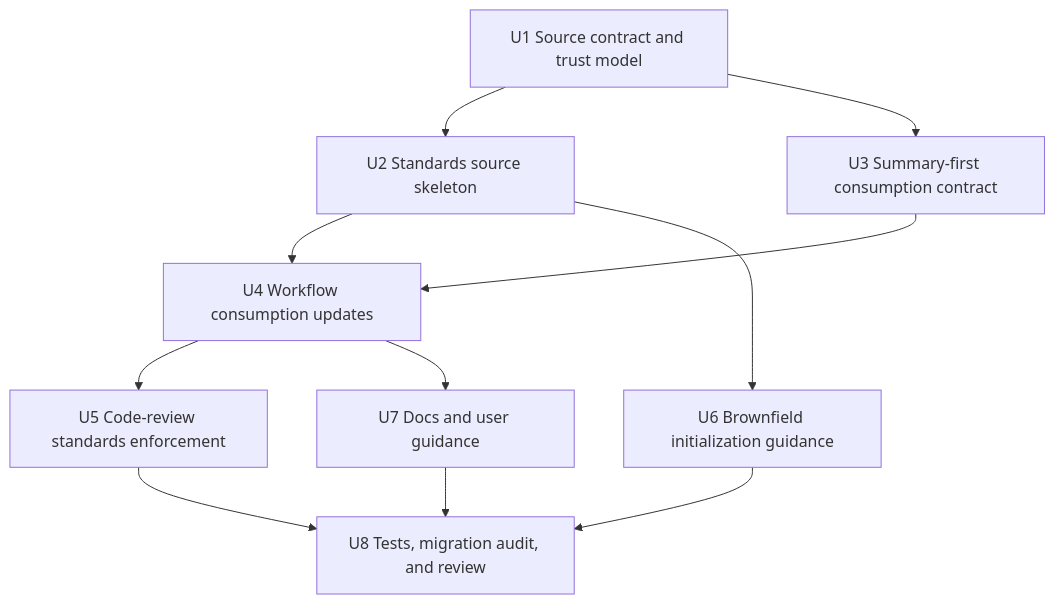
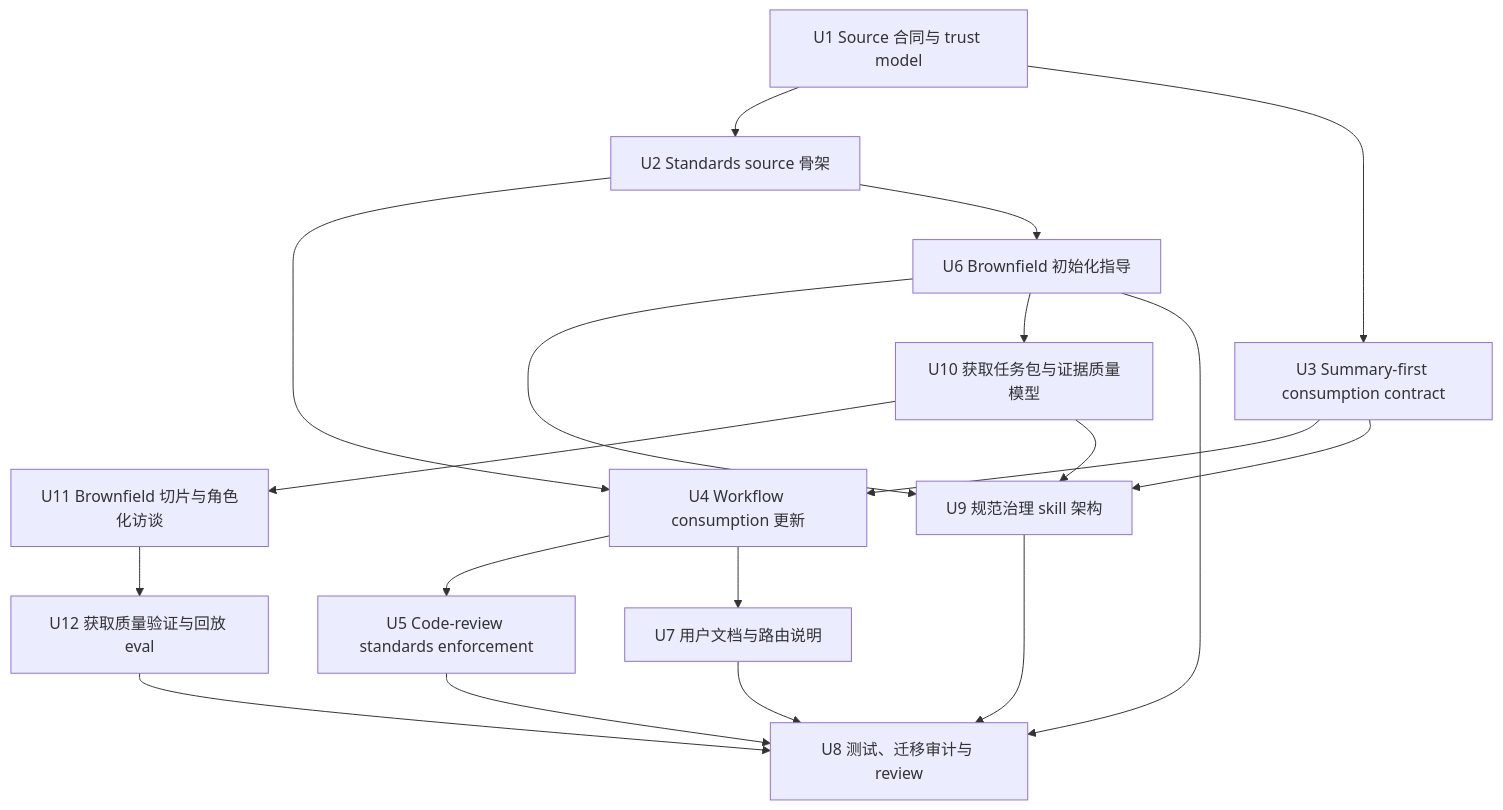
One commit to ajiao7240/spec-first changed the sixth of 6 diagrams in docs/plans/2026-06-21-004-feat-team-standards-governance-layer-plan.md. Above: the diagram before and after it, drawn with Mermaid. The commit also changed other lines of this file and 13 other files, not shown here.

````diff
--- a/docs/plans/2026-06-21-004-feat-team-standards-governance-layer-plan.md
+++ b/docs/plans/2026-06-21-004-feat-team-standards-governance-layer-plan.md
@@ -276,22 +812,34 @@
 ```mermaid
 flowchart TB
-  U1[U1 Source contract and trust model]
-  U2[U2 Standards source skeleton]
+  U1[U1 Source 合同与 trust model]
+  U2[U2 Standards source 骨架]
   U3[U3 Summary-first consumption contract]
-  U4[U4 Workflow consumption updates]
+  U4[U4 Workflow consumption 更新]
   U5[U5 Code-review standards enforcement]
-  U6[U6 Brownfield initialization guidance]
-  U7[U7 Docs and user guidance]
-  U8[U8 Tests, migration audit, and review]
+  U6[U6 Brownfield 初始化指导]
+  U7[U7 用户文档与路由说明]
+  U9[U9 规范治理 skill 架构]
+  U10[U10 获取任务包与证据质量模型]
+  U11[U11 Brownfield 切片与角色化访谈]
+  U12[U12 获取质量验证与回放 eval]
+  U8[U8 测试、迁移审计与 review]
 
   U1 --> U2
   U1 --> U3
   U2 --> U4
   U3 --> U4
   U4 --> U5
   U2 --> U6
   U4 --> U7
+  U3 --> U9
+  U6 --> U9
+  U6 --> U10
+  U10 --> U11
+  U11 --> U12
+  U10 --> U9
+  U12 --> U8
   U5 --> U8
   U6 --> U8
   U7 --> U8
+  U9 --> U8
 ```
````
